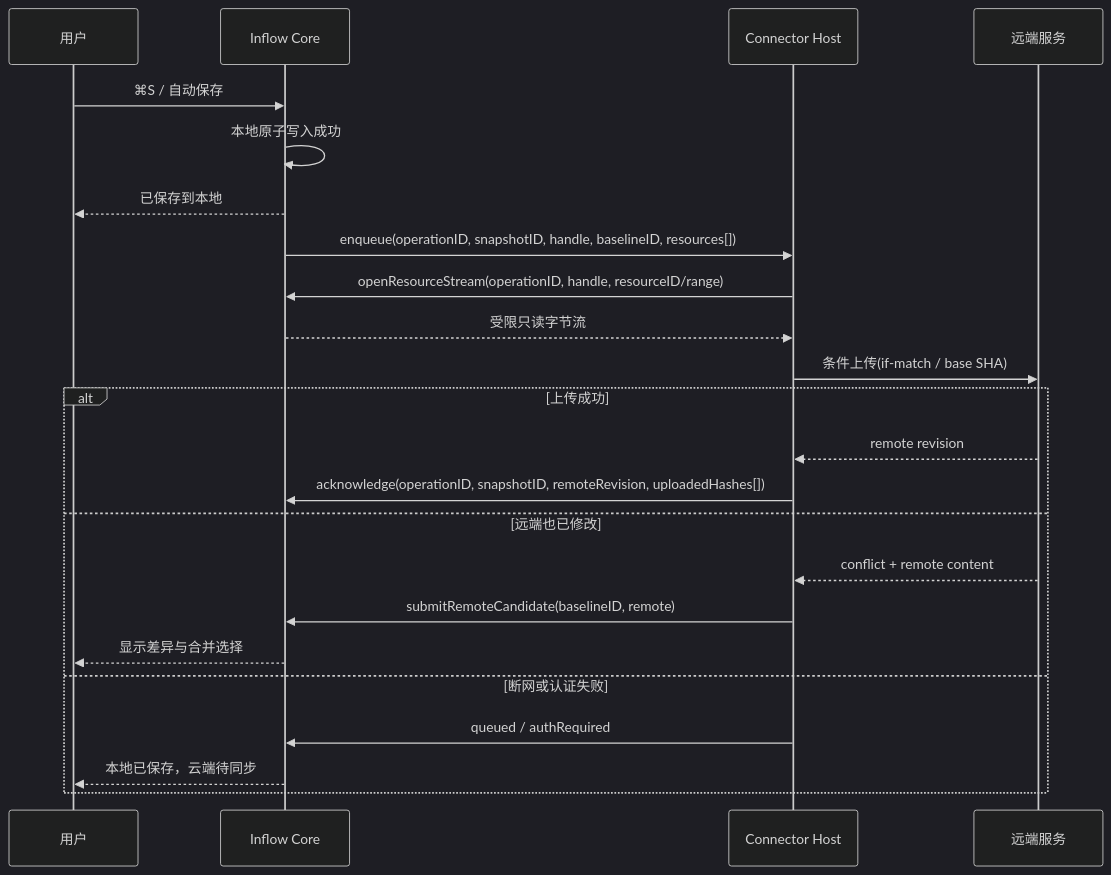
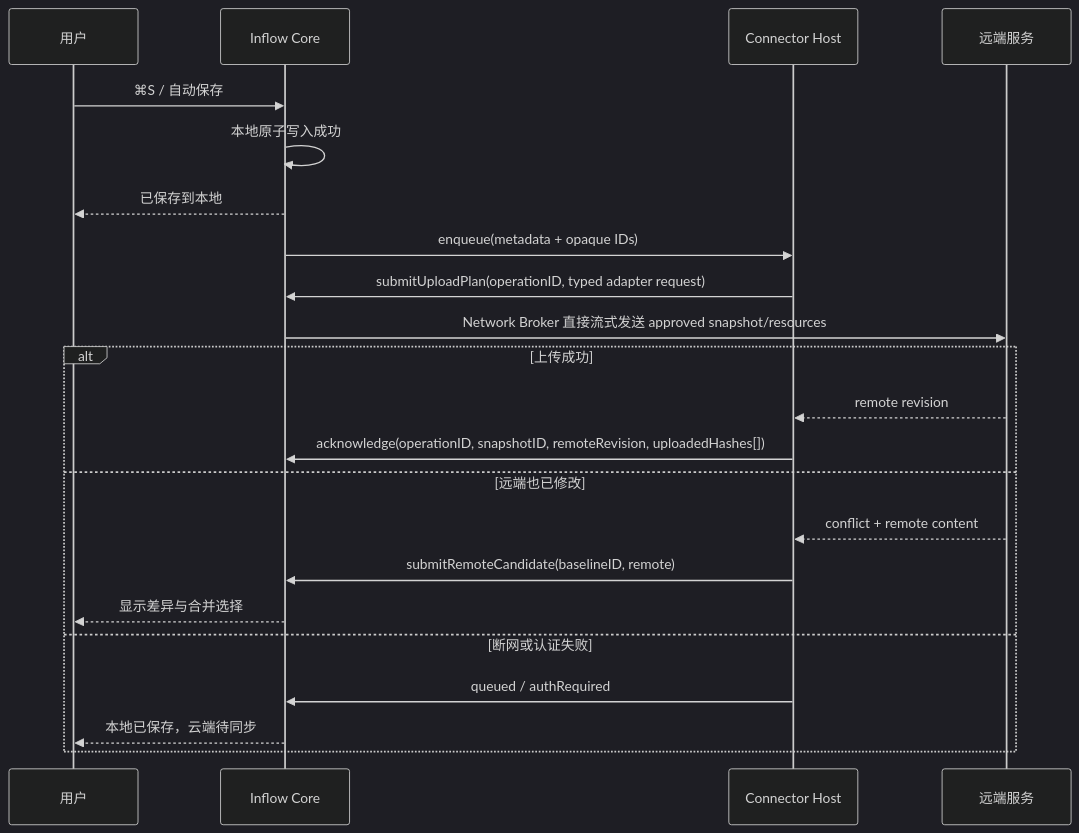
The third of 3 diagrams in docs/engineering/extensions/SYSTEM_DESIGN.md (Eulimene/Inflow), drawn with Mermaid (dark theme) before and after one commit. The commit also changed other lines of this file and 21 other files, not shown here.

````diff
--- a/docs/engineering/extensions/SYSTEM_DESIGN.md
+++ b/docs/engineering/extensions/SYSTEM_DESIGN.md
@@ -466,26 +479,25 @@
 ```mermaid
 sequenceDiagram
     participant U as 用户
     participant I as Inflow Core
     participant C as Connector Host
     participant R as 远端服务
 
     U->>I: ⌘S / 自动保存
     I->>I: 本地原子写入成功
     I-->>U: 已保存到本地
-    I->>C: enqueue(operationID, snapshotID, handle, baselineID, resources[])
-    C->>I: openResourceStream(operationID, handle, resourceID/range)
-    I-->>C: 受限只读字节流
-    C->>R: 条件上传(if-match / base SHA)
+    I->>C: enqueue(metadata + opaque IDs)
+    C->>I: submitUploadPlan(operationID, typed adapter request)
+    I->>R: Network Broker 直接流式发送 approved snapshot/resources
     alt 上传成功
       R-->>C: remote revision
       C->>I: acknowledge(operationID, snapshotID, remoteRevision, uploadedHashes[])
     else 远端也已修改
       R-->>C: conflict + remote content
       C->>I: submitRemoteCandidate(baselineID, remote)
       I-->>U: 显示差异与合并选择
     else 断网或认证失败
       C->>I: queued / authRequired
       I-->>U: 本地已保存，云端待同步
     end
 ```
````
